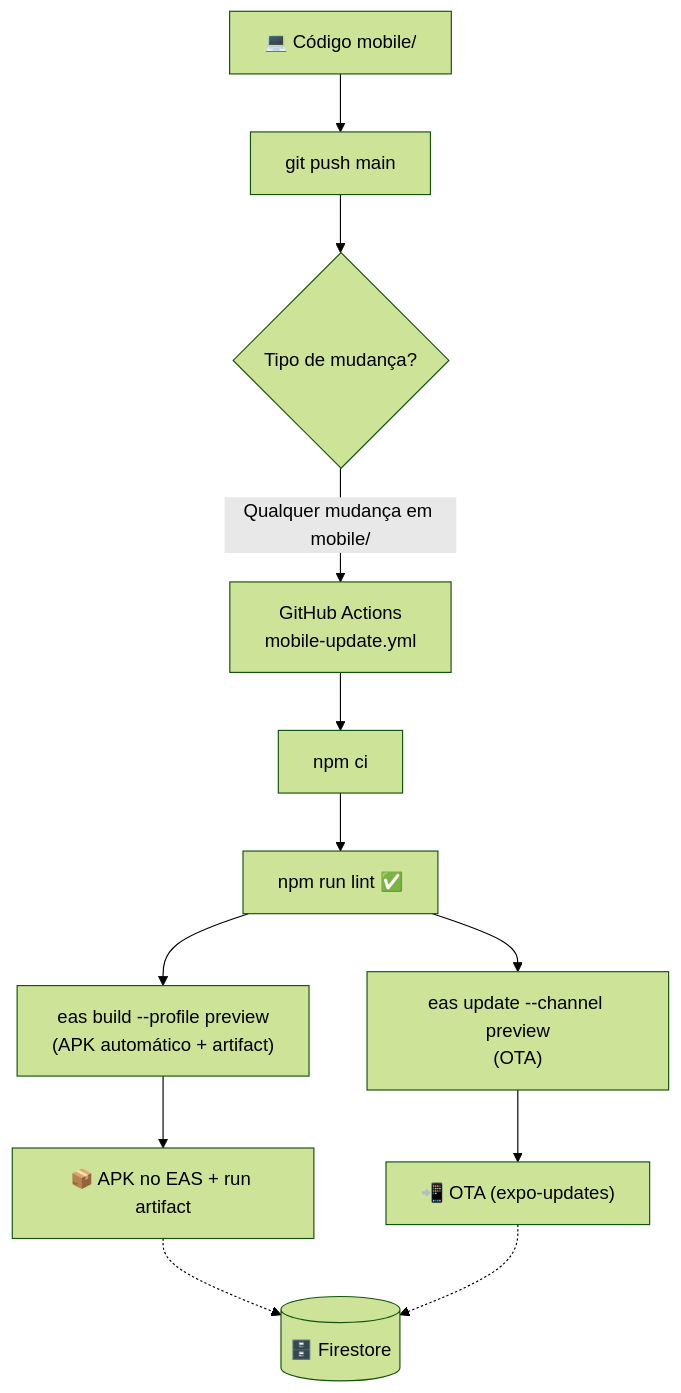
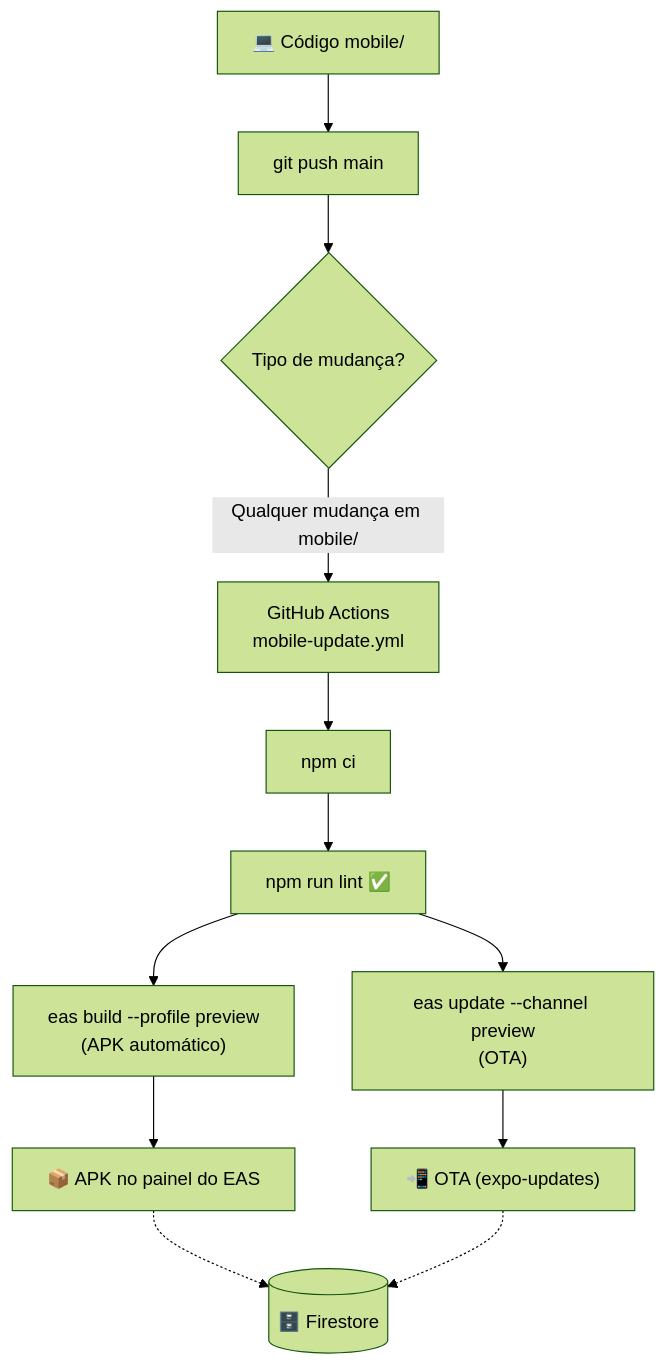
The diagram in mobile/INSTRUCOES.md (hectornetf/Volleyball), drawn with Mermaid (forest theme) before and after one commit. The commit also changed other lines of this file and 9 other files, not shown here.

Commit message:
fix: remove failing APK artifact steps from mobile CI workflow

````diff
--- a/mobile/INSTRUCOES.md
+++ b/mobile/INSTRUCOES.md
@@ -153,16 +153,16 @@
 ```mermaid
 flowchart TB
     A["💻 Código mobile/"] --> B["git push main"]
     B --> C{"Tipo de mudança?"}
 
     C -- "Qualquer mudança em mobile/" --> D["GitHub Actions<br/>mobile-update.yml"]
     D --> E["npm ci"]
     E --> F["npm run lint ✅"]
-    F --> G["eas build --profile preview<br/>(APK automático + artifact)"]
+    F --> G["eas build --profile preview<br/>(APK automático)"]
     F --> G2["eas update --channel preview<br/>(OTA)"]
-    G --> H["📦 APK no EAS + run artifact"]
+    G --> H["📦 APK no painel do EAS"]
     G2 --> H2["📲 OTA (expo-updates)"]
 
     H -.-> K[("🗄️ Firestore")]
     H2 -.-> K
 ```
````
